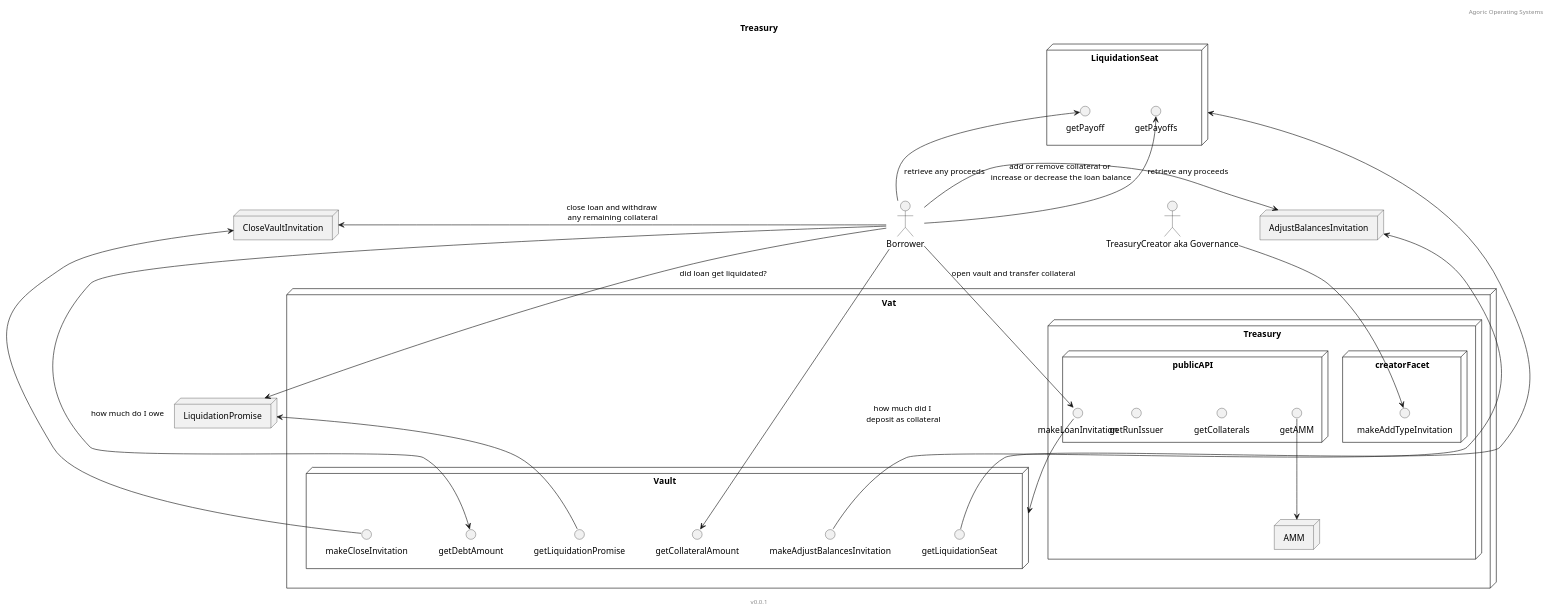
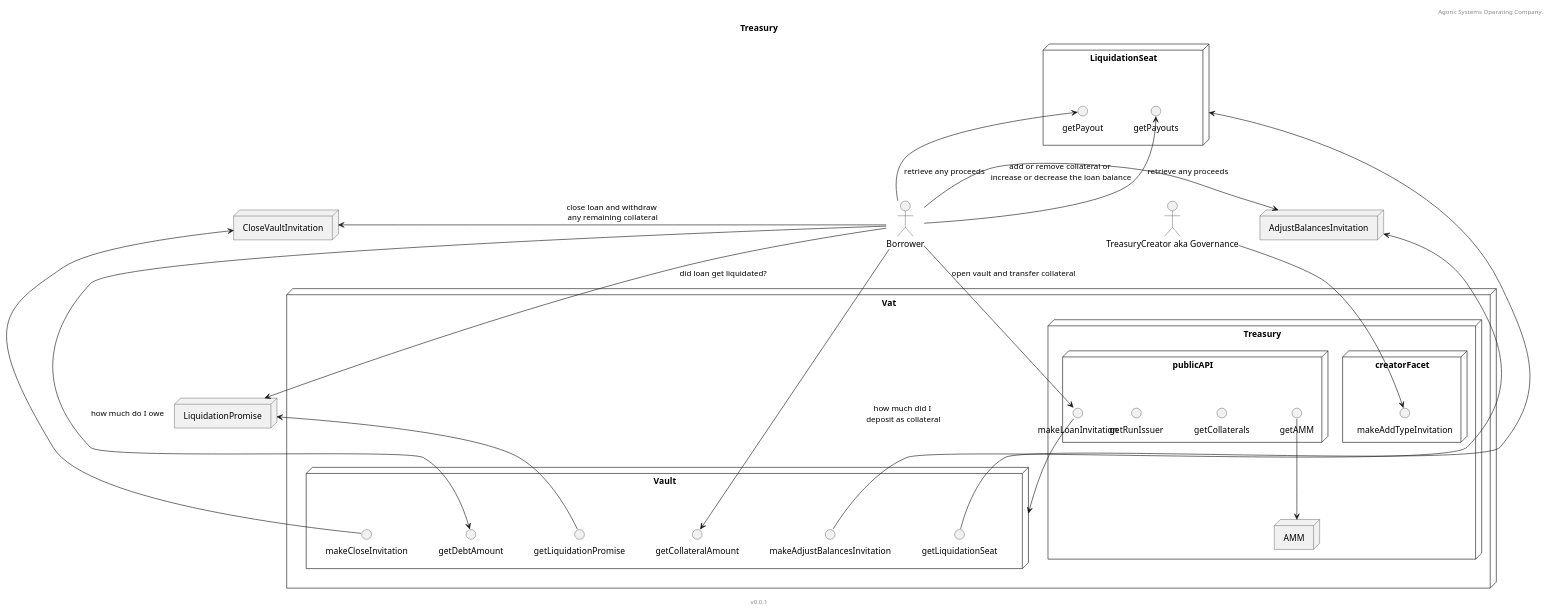
The diagram in docs/threat_models/treasury/treasury.puml (Agoric/agoric-sdk), drawn with PlantUML before and after one commit. The commit also changed 16 other files, not shown here.

Commit message:
docs: update diagrams to encompass review feedback

```diff
--- a/docs/threat_models/treasury/treasury.puml
+++ b/docs/threat_models/treasury/treasury.puml
@@ -1,59 +1,59 @@
 @startuml
-header Agoric Operating Systems
+header Agoric Systems Operating Company.
 footer v0.0.1
 title Treasury
 
 skinparam componentStyle rectangle
 skinparam defaultTextAlignment center
 
 
 actor "TreasuryCreator aka Governance" as tc
 
 actor Borrower
 
 node AdjustBalancesInvitation
 node "CloseVaultInvitation"
 node LiquidationPromise
 node LiquidationSeat {
-    circle getPayoff
-    circle getPayoffs
+    circle getPayout
+    circle getPayouts
 }
 node "Vat" {
     node Treasury {
         node AMM
         node "publicAPI" {
             circle getCollaterals
             circle makeLoanInvitation
             circle getRunIssuer
             circle getAMM
             getAMM -d-> AMM
         }
         node "creatorFacet" {
             circle makeAddTypeInvitation
         }
     }
     node "Vault" {
         circle makeCloseInvitation
         makeCloseInvitation -u-> CloseVaultInvitation
         circle makeAdjustBalancesInvitation
         makeAdjustBalancesInvitation -u-> AdjustBalancesInvitation
         circle getCollateralAmount
         circle getDebtAmount
         circle getLiquidationSeat
         getLiquidationSeat -u-> LiquidationSeat
         circle getLiquidationPromise
         getLiquidationPromise -u-> LiquidationPromise
     }
 }
 Borrower -> makeLoanInvitation: open vault and transfer collateral
 makeLoanInvitation -d-> Vault
-Borrower -u-> getPayoff: retrieve any proceeds
-Borrower -u-> getPayoffs: retrieve any proceeds
+Borrower -u-> getPayout: retrieve any proceeds
+Borrower -u-> getPayouts: retrieve any proceeds
 Borrower -d-> LiquidationPromise: did loan get liquidated?
 Borrower -> AdjustBalancesInvitation: add or remove collateral or \nincrease or decrease the loan balance
 Borrower -l-> CloseVaultInvitation: close loan and withdraw \nany remaining collateral
 tc -d-> makeAddTypeInvitation
 Borrower -d-> getDebtAmount: how much do I owe
 Borrower -d-> getCollateralAmount: how much did I \ndeposit as collateral
 
 @enduml
```
